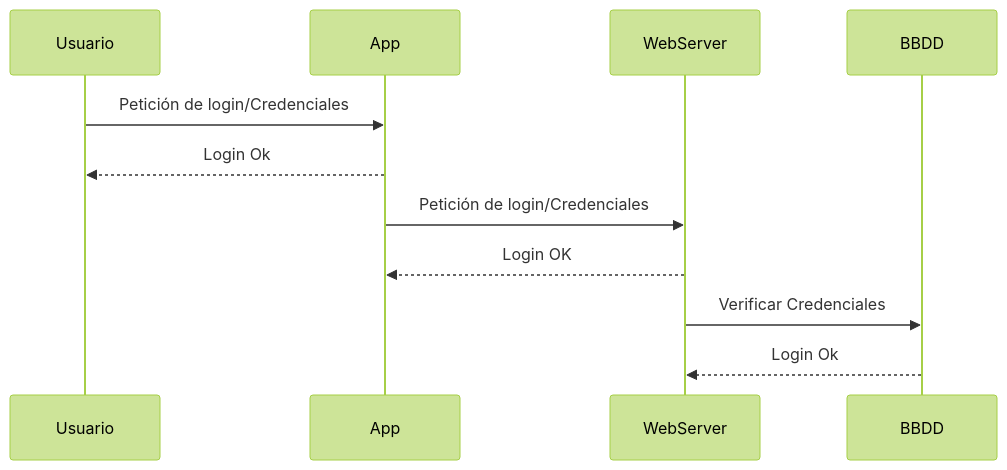
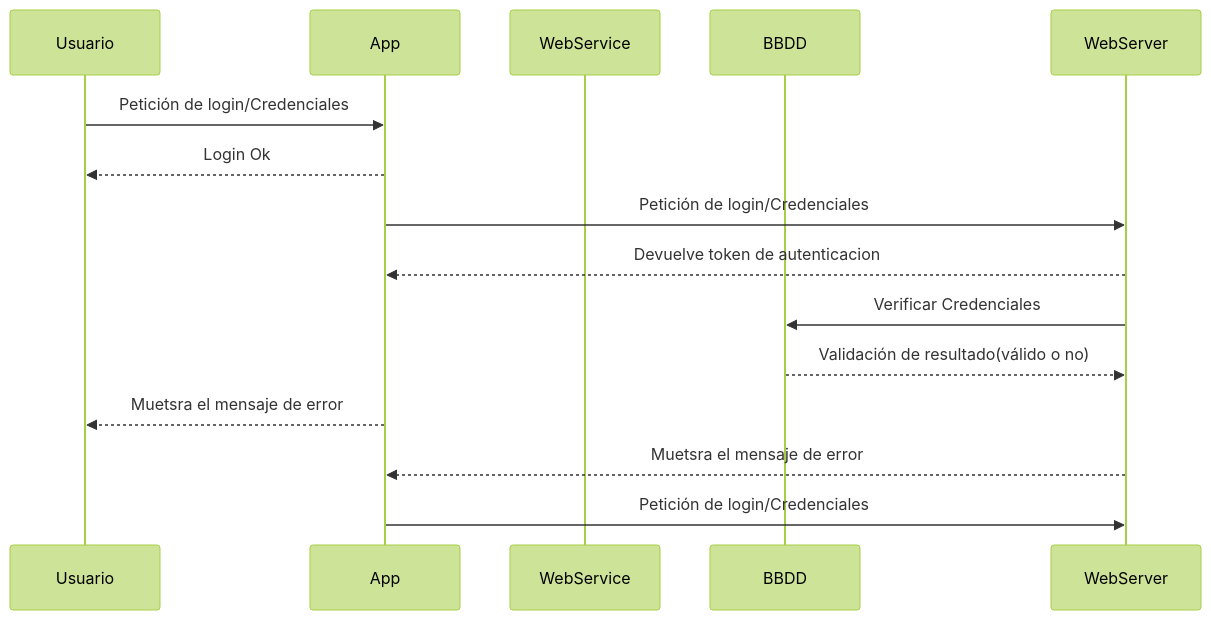
The diagram in prototipo3/Secuenciaa.mermaid (Dariella06/TapaTapp), drawn with Mermaid (forest theme) before and after one commit. The commit also changed other lines of this file and 2 other files, not shown here.

```diff
--- a/prototipo3/Secuenciaa.mermaid
+++ b/prototipo3/Secuenciaa.mermaid
@@ -1,7 +1,15 @@
 sequenceDiagram
+    participant Usuario
+    participant App
+    participant WebService
+    participant BBDD    
+
     Usuario->>App: Petición de login/Credenciales
     App-->>Usuario: Login Ok
     App->>WebServer: Petición de login/Credenciales
-    WebServer-->>App: Login OK
+    WebServer-->>App: Devuelve token de autenticacion
     WebServer->>BBDD: Verificar Credenciales    
-    BBDD-->>WebServer: Login Ok
+    BBDD-->>WebServer: Validación de resultado(válido o no)
+    App-->>Usuario: Muetsra el mensaje de error
+    WebServer-->>App: Muetsra el mensaje de error
+    App->>WebServer: Petición de login/Credenciales
```
